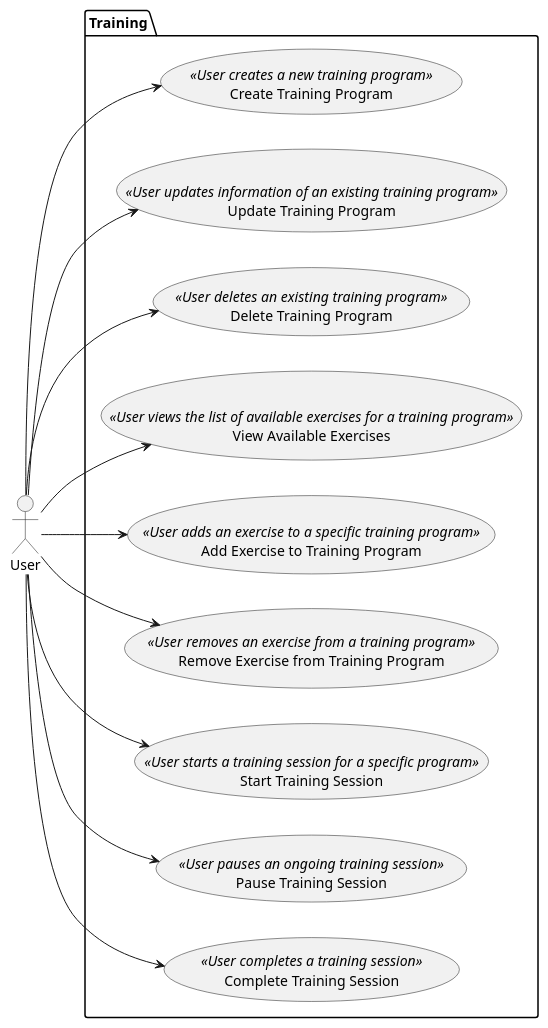
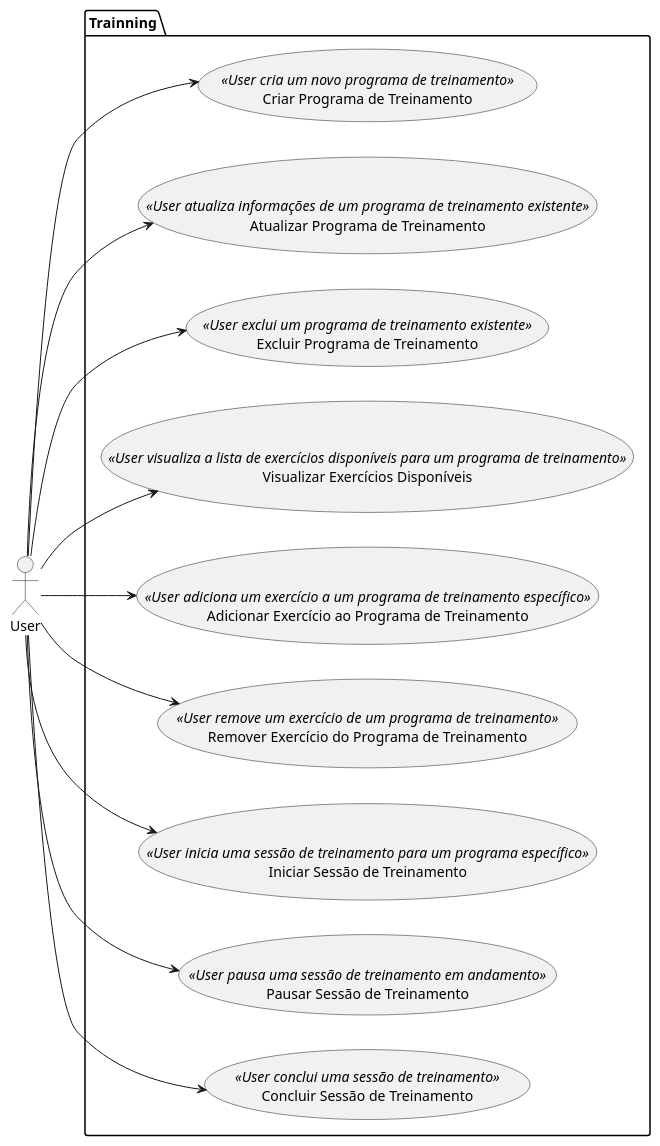
One commit to LucasReisV1337/api-gym changed the diagram in uml/Trainning/usecases/index.wsd. Above: the diagram before and after it, drawn with PlantUML. The commit also changed 10 other files, not shown here.

```diff
--- a/uml/Trainning/usecases/index.wsd
+++ b/uml/Trainning/usecases/index.wsd
@@ -1,37 +1,37 @@
 @startuml
 left to right direction
 
 actor User as u
 
-package "Training" {
-  usecase "Create Training Program" as UC1 <<User creates a new training program>>
+package "Trainning" {
+  usecase "Criar Programa de Treinamento" as UC1 <<User cria um novo programa de treinamento>>
 
-  usecase "Update Training Program" as UC2 <<User updates information of an existing training program>>
+  usecase "Atualizar Programa de Treinamento" as UC2 <<User atualiza informações de um programa de treinamento existente>>
 
-  usecase "Delete Training Program" as UC3 <<User deletes an existing training program>>
+  usecase "Excluir Programa de Treinamento" as UC3 <<User exclui um programa de treinamento existente>>
 
-  usecase "View Available Exercises" as UC4 <<User views the list of available exercises for a training program>>
+  usecase "Visualizar Exercícios Disponíveis" as UC4 <<User visualiza a lista de exercícios disponíveis para um programa de treinamento>>
 
-  usecase "Add Exercise to Training Program" as UC5 <<User adds an exercise to a specific training program>>
+  usecase "Adicionar Exercício ao Programa de Treinamento" as UC5 <<User adiciona um exercício a um programa de treinamento específico>>
 
-  usecase "Remove Exercise from Training Program" as UC6 <<User removes an exercise from a training program>>
+  usecase "Remover Exercício do Programa de Treinamento" as UC6 <<User remove um exercício de um programa de treinamento>>
 
-  usecase "Start Training Session" as UC7 <<User starts a training session for a specific program>>
+  usecase "Iniciar Sessão de Treinamento" as UC7 <<User inicia uma sessão de treinamento para um programa específico>>
 
-  usecase "Pause Training Session" as UC8 <<User pauses an ongoing training session>>
+  usecase "Pausar Sessão de Treinamento" as UC8 <<User pausa uma sessão de treinamento em andamento>>
 
-  usecase "Complete Training Session" as UC9 <<User completes a training session>>
+  usecase "Concluir Sessão de Treinamento" as UC9 <<User conclui uma sessão de treinamento>>
 
 }
 
 u --> UC1
 u --> UC2
 u --> UC3
 u --> UC4
 u --> UC5
 u --> UC6
 u --> UC7
 u --> UC8
 u --> UC9
 
 @enduml
```
